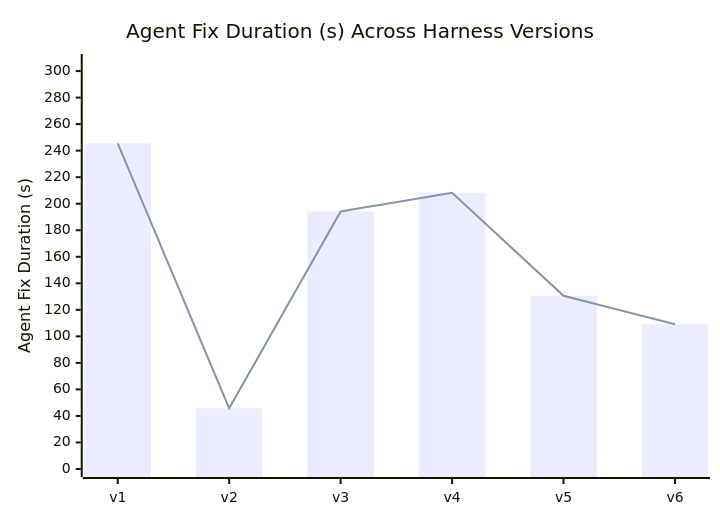
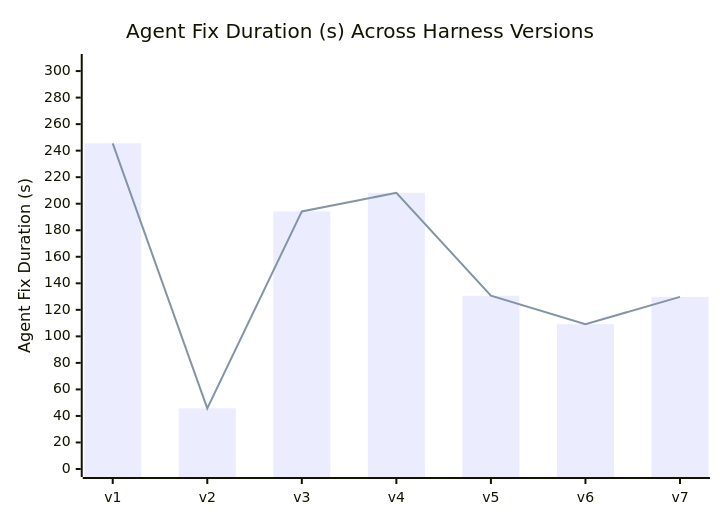
One commit to denizin42/cs440-lab6-thealgorithms-contrib changed the diagram in PERFORMANCE_REPORT.md. Above: the diagram before and after it, drawn with Mermaid. The commit also changed other lines of this file and 6 other files, not shown here.

````diff
--- a/PERFORMANCE_REPORT.md
+++ b/PERFORMANCE_REPORT.md
@@ -21,8 +21,8 @@
 ```mermaid
 xychart-beta
     title "Agent Fix Duration (s) Across Harness Versions"
-    x-axis ["v1", "v2", "v3", "v4", "v5", "v6"]
+    x-axis ["v1", "v2", "v3", "v4", "v5", "v6", "v7"]
     y-axis "Agent Fix Duration (s)" 0 --> 306.84
-    bar [245.475, 45.724, 194.199, 208.213, 130.619, 109.192]
-    line [245.475, 45.724, 194.199, 208.213, 130.619, 109.192]
+    bar [245.475, 45.724, 194.199, 208.213, 130.619, 109.192, 129.762]
+    line [245.475, 45.724, 194.199, 208.213, 130.619, 109.192, 129.762]
 ```
````
